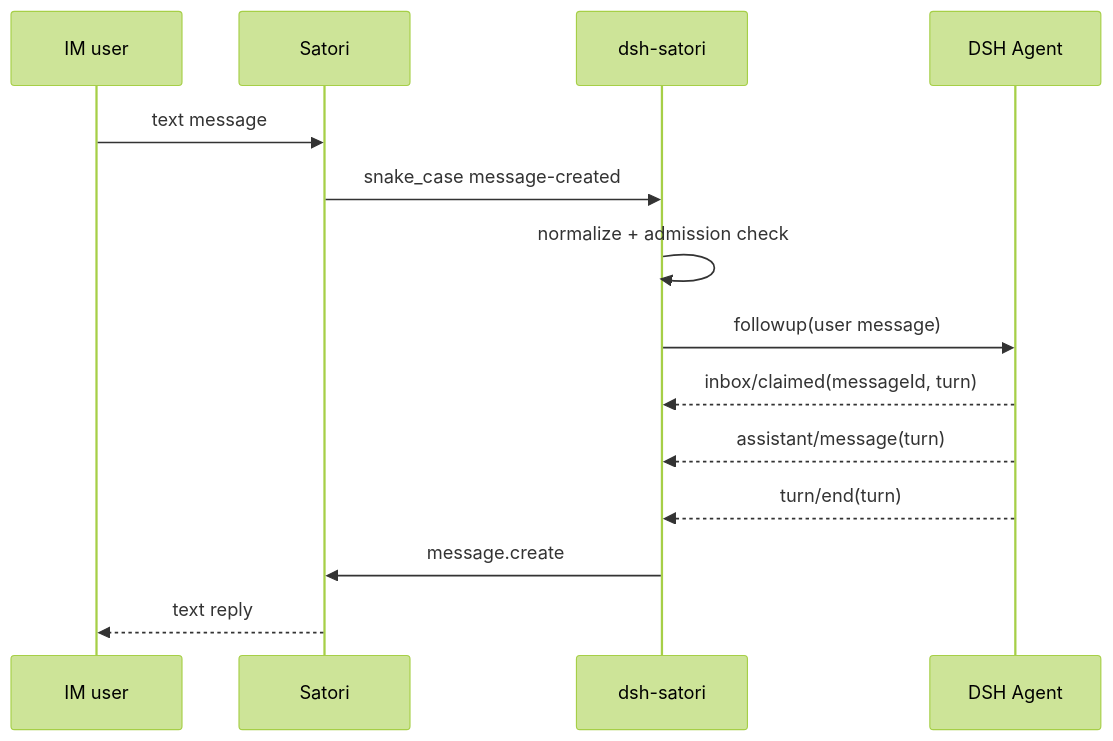
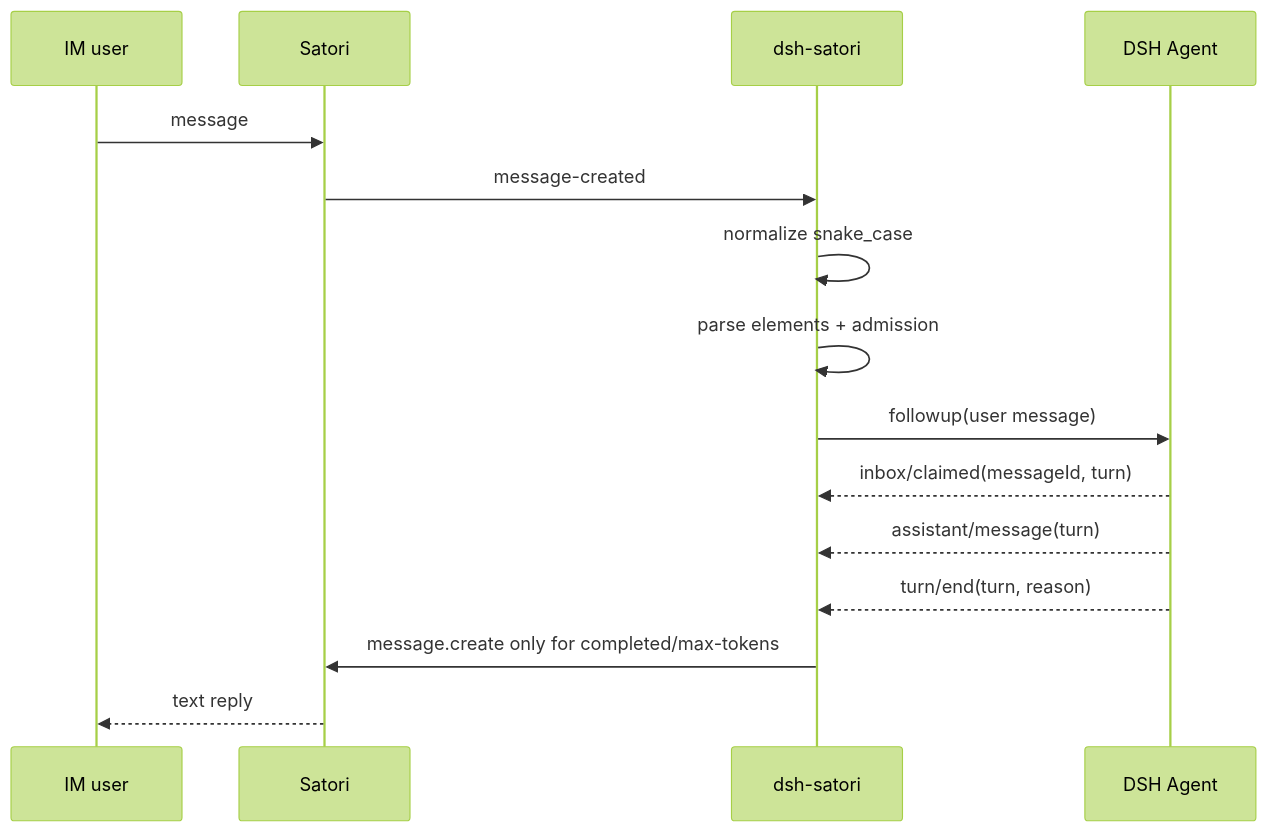
One commit to Ri0n72Y/dsh-satori changed the second of 2 diagrams in README.md. Above: the diagram before and after it, drawn with Mermaid (forest theme). The commit also changed other lines of this file and 20 other files, not shown here.

````diff
--- a/README.md
+++ b/README.md
@@ -158,17 +124,18 @@
 ```mermaid
 sequenceDiagram
     participant IM as IM user
     participant S as Satori
     participant P as dsh-satori
     participant D as DSH Agent
 
-    IM->>S: text message
-    S->>P: snake_case message-created
-    P->>P: normalize + admission check
+    IM->>S: message
+    S->>P: message-created
+    P->>P: normalize snake_case
+    P->>P: parse elements + admission
     P->>D: followup(user message)
     D-->>P: inbox/claimed(messageId, turn)
     D-->>P: assistant/message(turn)
-    D-->>P: turn/end(turn)
-    P->>S: message.create
+    D-->>P: turn/end(turn, reason)
+    P->>S: message.create only for completed/max-tokens
     S-->>IM: text reply
 ```
````
